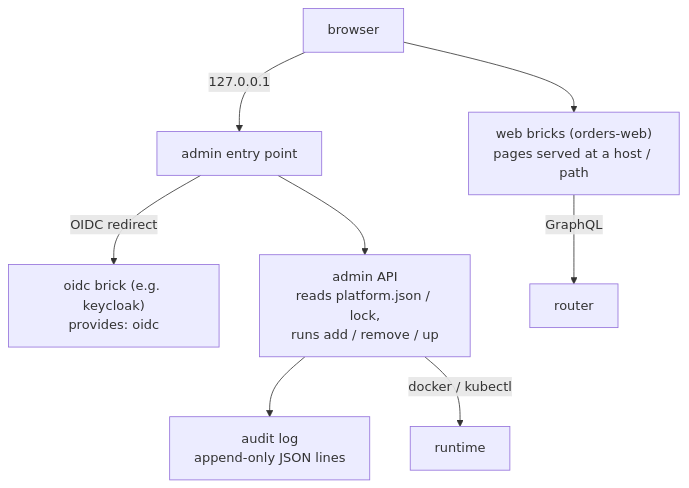
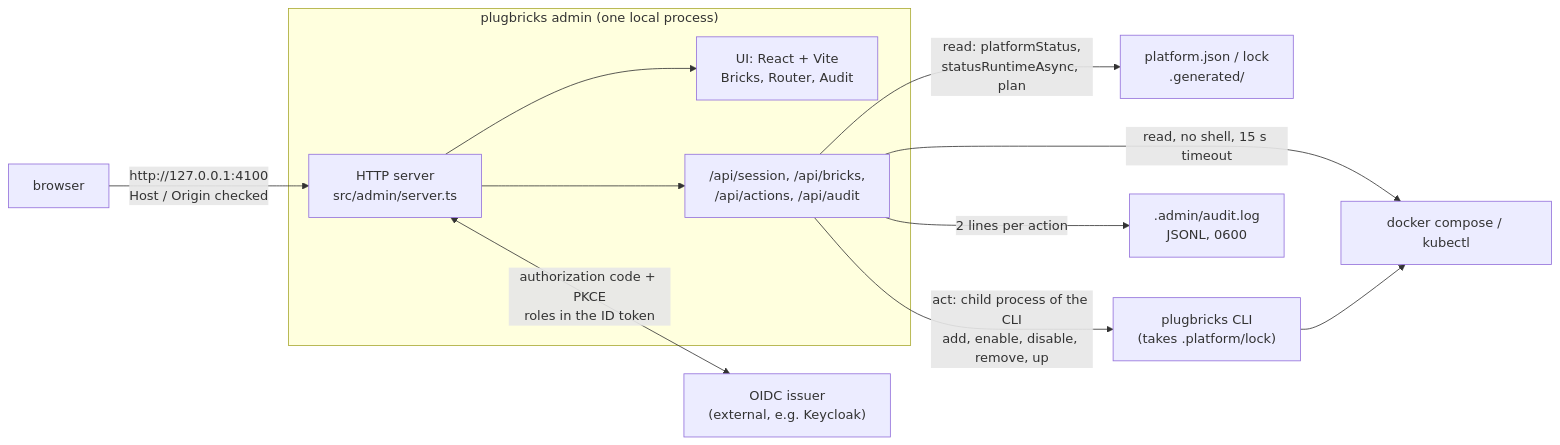
Before and after one commit to rudney5000/plugbricks: the sixth of 6 diagrams in docs/architecture.md, drawn with Mermaid. The commit also changed other lines of this file and 2 other files, not shown here.

Commit message:
docs: describe the admin and enabled/disabled bricks in the architecture, fix stale README and D15 lines

````diff
--- a/docs/architecture.md
+++ b/docs/architecture.md
@@ -223,10 +241,14 @@
 ```mermaid
-flowchart TB
-  U["browser"] -->|"127.0.0.1"| GW["admin entry point"]
-  GW -->|"OIDC redirect"| IDP["oidc brick (e.g. keycloak)<br/>provides: oidc"]
-  GW --> ADM["admin API<br/>reads platform.json / lock,<br/>runs add / remove / up"]
-  ADM --> AUD["audit log<br/>append-only JSON lines"]
-  ADM -->|"docker / kubectl"| RT["runtime"]
-  U --> WEB["web bricks (orders-web)<br/>pages served at a host / path"]
-  WEB -->|"GraphQL"| R["router"]
+flowchart LR
+  U["browser"] -->|"http://127.0.0.1:4100<br/>Host / Origin checked"| S
+  subgraph ADM["plugbricks admin (one local process)"]
+    S["HTTP server<br/>src/admin/server.ts"] --> UI["UI: React + Vite<br/>Bricks, Router, Audit"]
+    S --> API["/api/session, /api/bricks,<br/>/api/actions, /api/audit"]
+  end
+  S <-->|"authorization code + PKCE<br/>roles in the ID token"| IDP["OIDC issuer<br/>(external, e.g. Keycloak)"]
+  API -->|"read: platformStatus,<br/>statusRuntimeAsync, plan"| FILES["platform.json / lock<br/>.generated/"]
+  API -->|"read, no shell, 15 s timeout"| RT["docker compose / kubectl"]
+  API -->|"act: child process of the CLI<br/>add, enable, disable, remove, up"| CLI["plugbricks CLI<br/>(takes .platform/lock)"]
+  CLI --> RT
+  API -->|"2 lines per action"| AUD[".admin/audit.log<br/>JSONL, 0600"]
 ```
````
